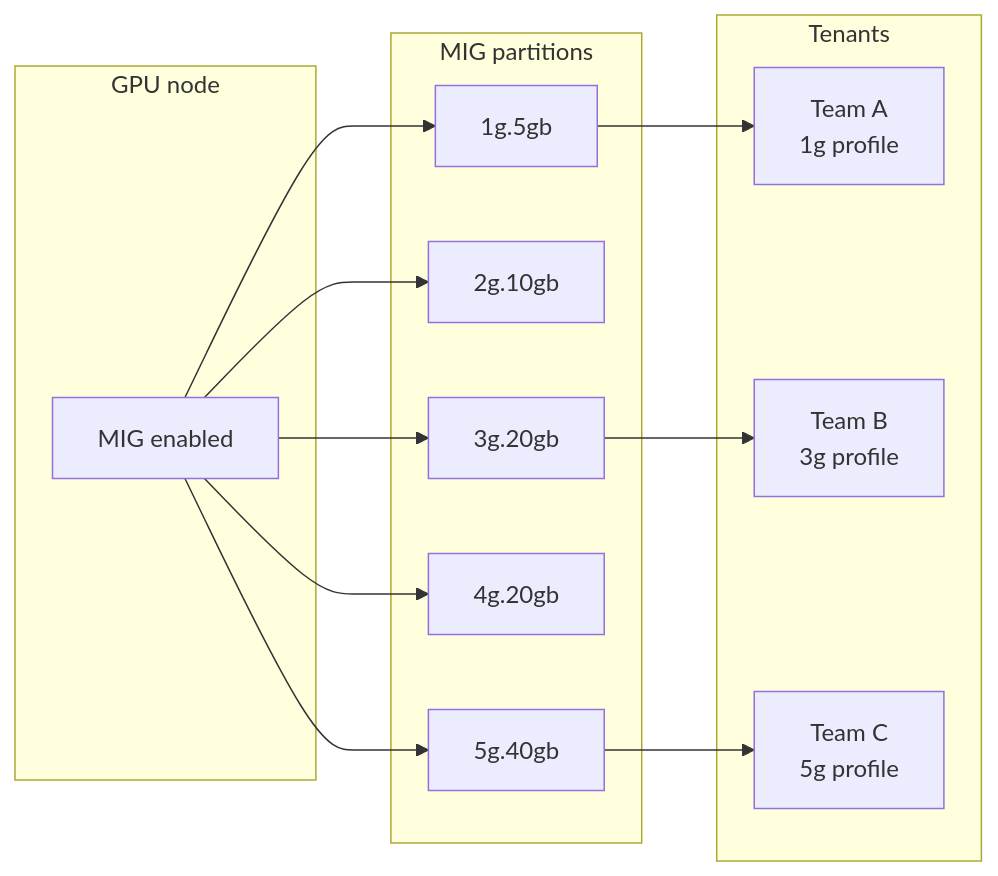
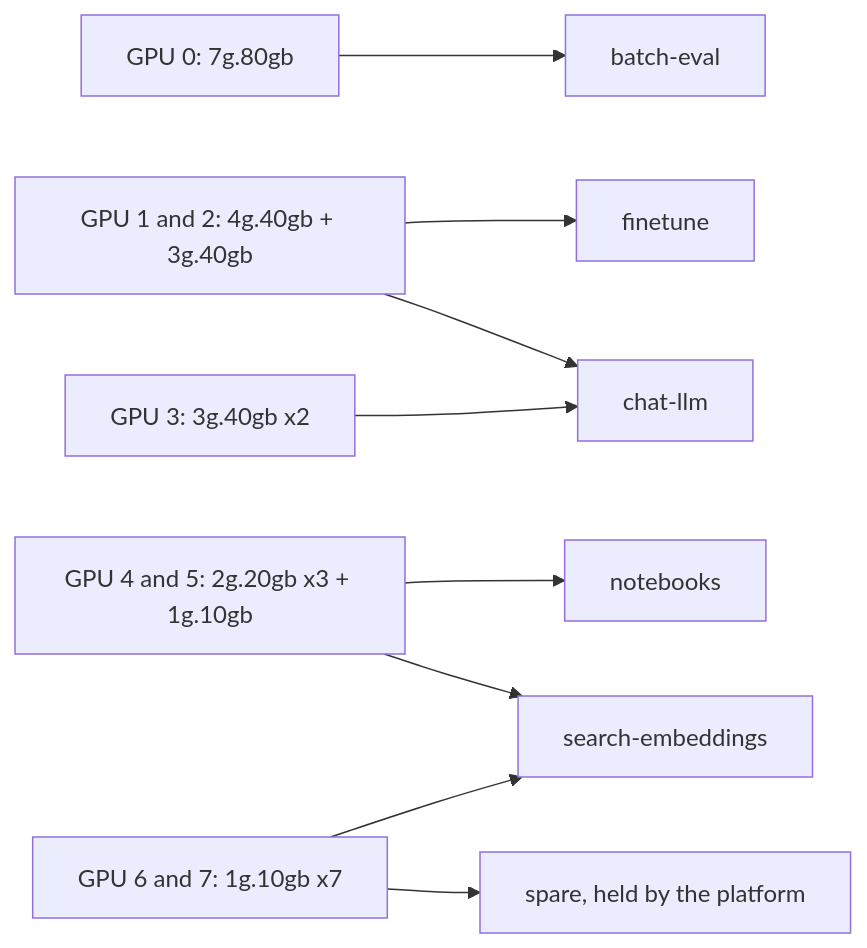
One commit to jithinpnjm/ai-infra-handbook changed the second of 2 diagrams in docs/part-19-capstone/08-capstone-mig-multi-tenancy.md. Above: the diagram before and after it, drawn with Mermaid. The commit also changed other lines of this file and 263 other files, not shown here.

````diff
--- a/docs/part-19-capstone/08-capstone-mig-multi-tenancy.md
+++ b/docs/part-19-capstone/08-capstone-mig-multi-tenancy.md
@@ -28,29 +171,11 @@
 ```mermaid
 flowchart LR
-    subgraph GPU["GPU node"]
-        GPUMIG[MIG enabled]
-    end
-
-    subgraph Partitions["MIG partitions"]
-        M1[1g.5gb]
-        M2[2g.10gb]
-        M3[3g.20gb]
-        M4[4g.20gb]
-        M5[5g.40gb]
-    end
-
-    subgraph Tenants["Tenants"]
-        T1[Team A<br/>1g profile]
-        T2[Team B<br/>3g profile]
-        T3[Team C<br/>5g profile]
-    end
-
-    GPUMIG --> M1
-    GPUMIG --> M2
-    GPUMIG --> M3
-    GPUMIG --> M4
-    GPUMIG --> M5
-    M1 --> T1
-    M3 --> T2
-    M5 --> T3
+    G0["GPU 0: 7g.80gb"] --> T5["batch-eval"]
+    G1["GPU 1 and 2: 4g.40gb + 3g.40gb"] --> T4["finetune"]
+    G1 --> T2["chat-llm"]
+    G3["GPU 3: 3g.40gb x2"] --> T2
+    G4["GPU 4 and 5: 2g.20gb x3 + 1g.10gb"] --> T3["notebooks"]
+    G4 --> T1["search-embeddings"]
+    G6["GPU 6 and 7: 1g.10gb x7"] --> T1
+    G6 --> S["spare, held by the platform"]
 ```
````
